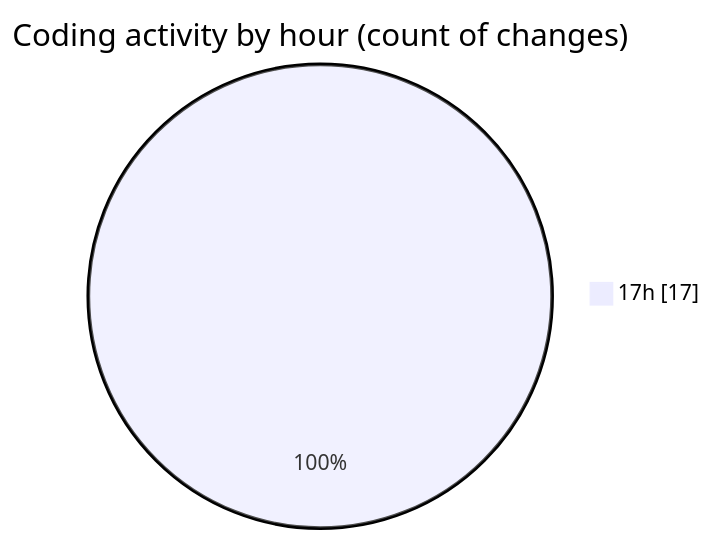
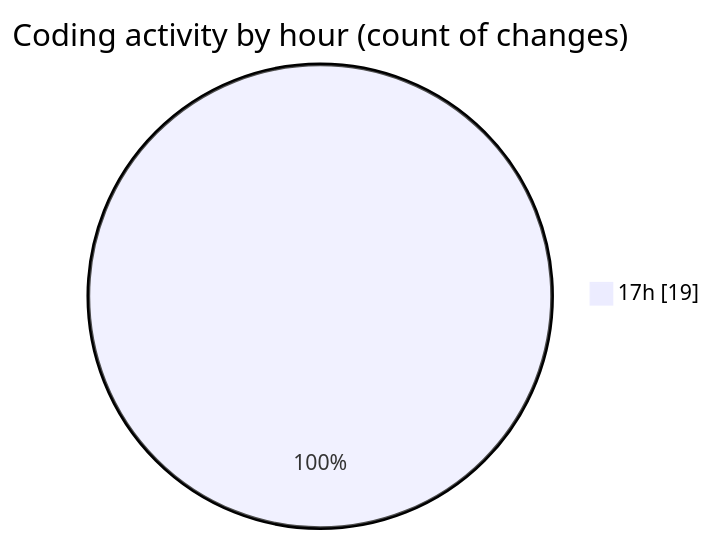
One commit to hasnaa123/code-tracking changed the second of 2 diagrams in 2026-04-26/chatserver/README.md. Above: the diagram before and after it, drawn with Mermaid. The commit also changed other lines of this file and 1 other file, not shown here.

````diff
--- a/2026-04-26/chatserver/README.md
+++ b/2026-04-26/chatserver/README.md
@@ -30,5 +30,5 @@
 ```mermaid
 pie showData
 title Coding activity by hour (count of changes)
-"17h" : 17
+"17h" : 19
 ```
````
